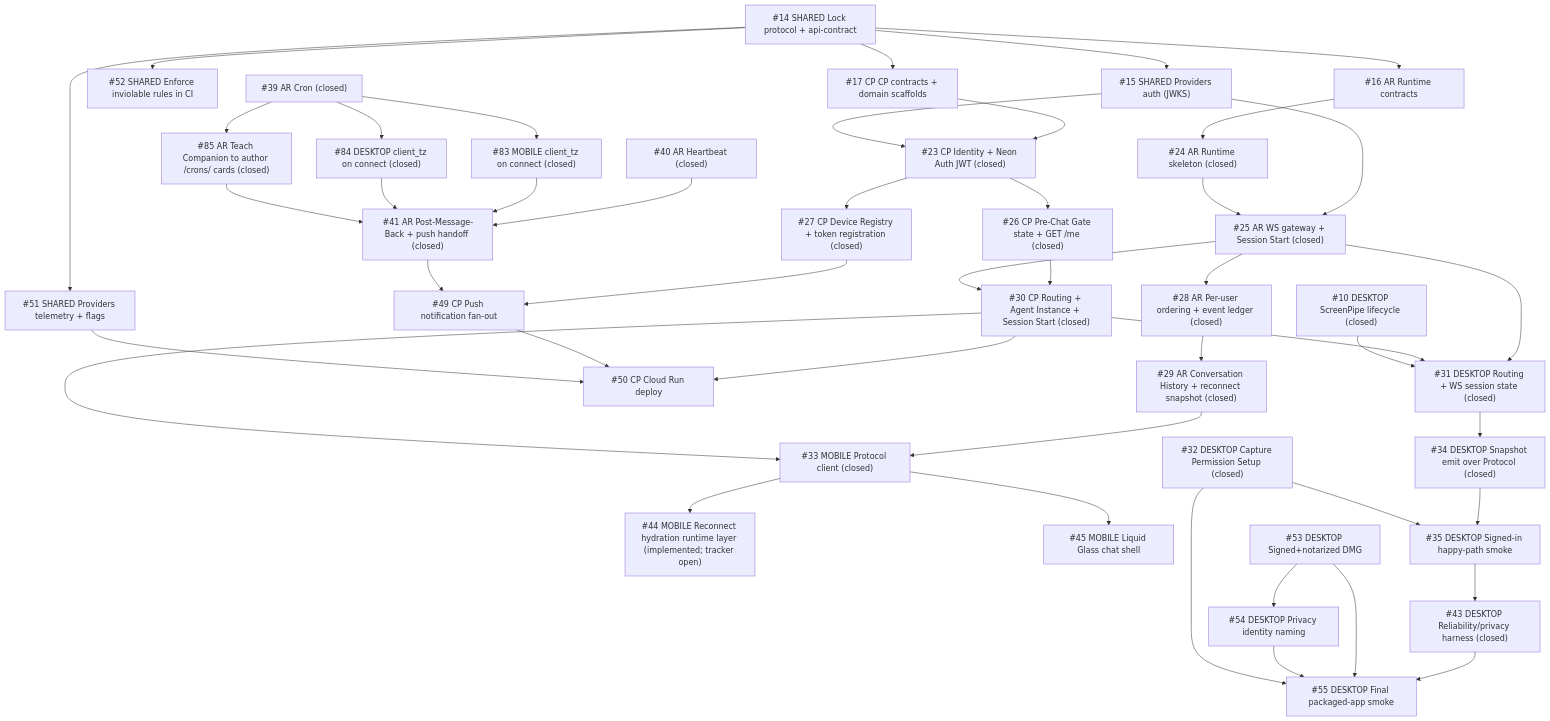
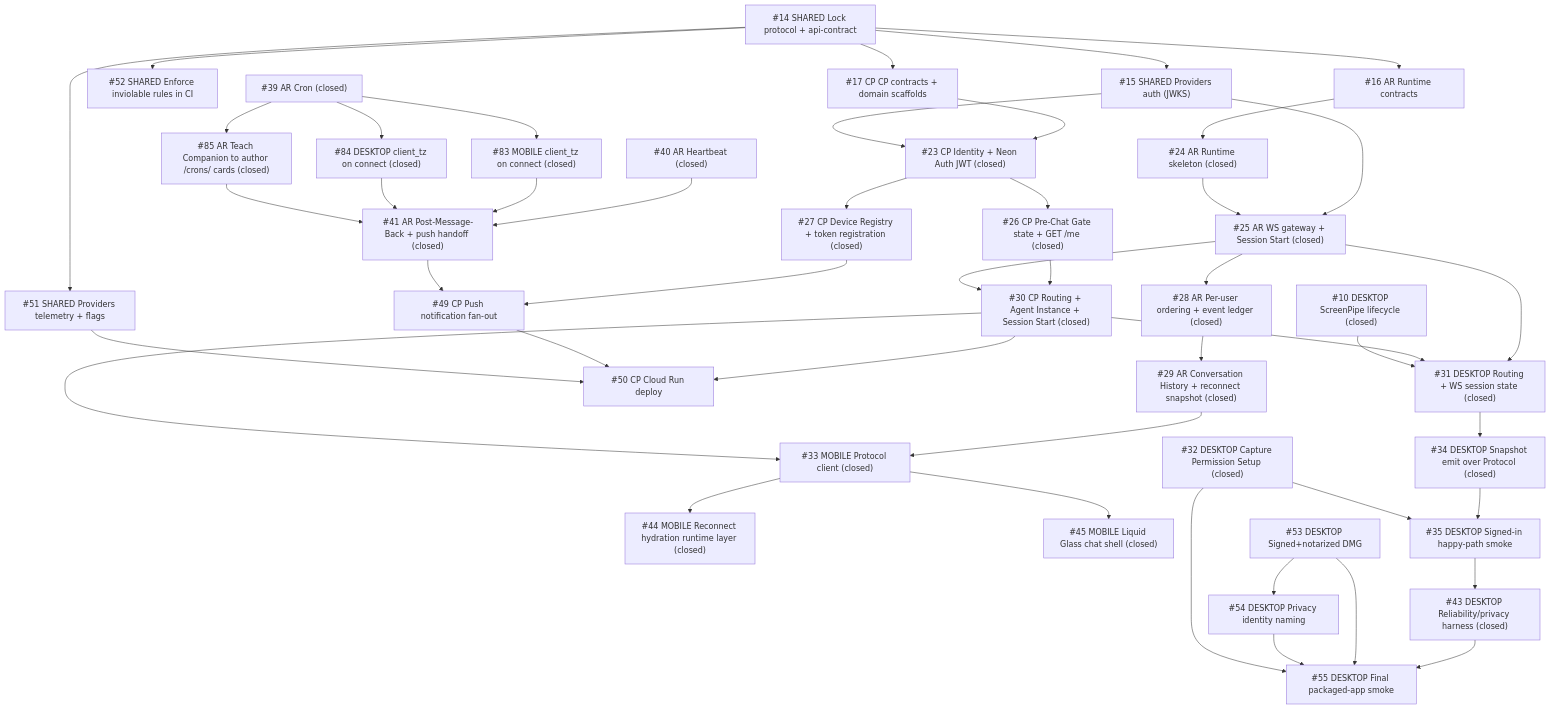
One commit to sruj75/Intentive changed the diagram in docs/ISSUE-BOARD.md. Above: the diagram before and after it, drawn with Mermaid. The commit also changed other lines of this file and 22 other files, not shown here.

````diff
--- a/docs/ISSUE-BOARD.md
+++ b/docs/ISSUE-BOARD.md
@@ -28,56 +28,56 @@
 ```mermaid
 flowchart TD
   N08["#14 SHARED Lock protocol + api-contract"] --> N09["#15 SHARED Providers auth (JWKS)"]
   N08 --> N45["#51 SHARED Providers telemetry + flags"]
   N08 --> N46["#52 SHARED Enforce inviolable rules in CI"]
 
   N08 --> N10["#16 AR Runtime contracts"]
   N08 --> N11["#17 CP CP contracts + domain scaffolds"]
 
   N10 --> N18["#24 AR Runtime skeleton (closed)"]
   N09 --> N19
   N18 --> N19["#25 AR WS gateway + Session Start (closed)"]
   N19 --> N22["#28 AR Per-user ordering + event ledger (closed)"]
   N22 --> N23["#29 AR Conversation History + reconnect snapshot (closed)"]
 
   N11 --> N17["#23 CP Identity + Neon Auth JWT (closed)"]
   N09 --> N17
   N17 --> N20["#26 CP Pre-Chat Gate state + GET /me (closed)"]
   N17 --> N21["#27 CP Device Registry + token registration (closed)"]
   N20 --> N24["#30 CP Routing + Agent Instance + Session Start (closed)"]
   N19 --> N24
   N21 --> N43["#49 CP Push notification fan-out"]
   N35["#41 AR Post-Message-Back + push handoff (closed)"] --> N43
   N54b["#40 AR Heartbeat (closed)"] --> N35
   N24 --> N44["#50 CP Cloud Run deploy"]
   N43 --> N44
   N45 --> N44
 
   N23 --> N27["#33 MOBILE Protocol client (closed)"]
   N24 --> N27
-  N27 --> N38["#44 MOBILE Reconnect hydration runtime layer (implemented; tracker open)"]
-  N27 --> N39["#45 MOBILE Liquid Glass chat shell"]
+  N27 --> N38["#44 MOBILE Reconnect hydration runtime layer (closed)"]
+  N27 --> N39["#45 MOBILE Liquid Glass chat shell (closed)"]
 
   N19 --> N25["#31 DESKTOP Routing + WS session state (closed)"]
   N24 --> N25
   N04["#10 DESKTOP ScreenPipe lifecycle (closed)"] --> N25
   N25 --> N28["#34 DESKTOP Snapshot emit over Protocol (closed)"]
   N28 --> N29["#35 DESKTOP Signed-in happy-path smoke"]
 
   N47["#53 DESKTOP Signed+notarized DMG"] --> N48["#54 DESKTOP Privacy identity naming"]
   N26["#32 DESKTOP Capture Permission Setup (closed)"] --> N29
   N49["#55 DESKTOP Final packaged-app smoke"]
   N29 --> N37["#43 DESKTOP Reliability/privacy harness (closed)"]
   N37 --> N49
   N47 --> N49
   N48 --> N49
   N26 --> N49
 
   %% Cron activation lane (#39 follow-ups, closed)
   N50["#39 AR Cron (closed)"] --> N51b["#83 MOBILE client_tz on connect (closed)"]
   N50 --> N52b["#84 DESKTOP client_tz on connect (closed)"]
   N50 --> N53b["#85 AR Teach Companion to author /crons/ cards (closed)"]
   N51b --> N35
   N52b --> N35
   N53b --> N35
 ```
````
